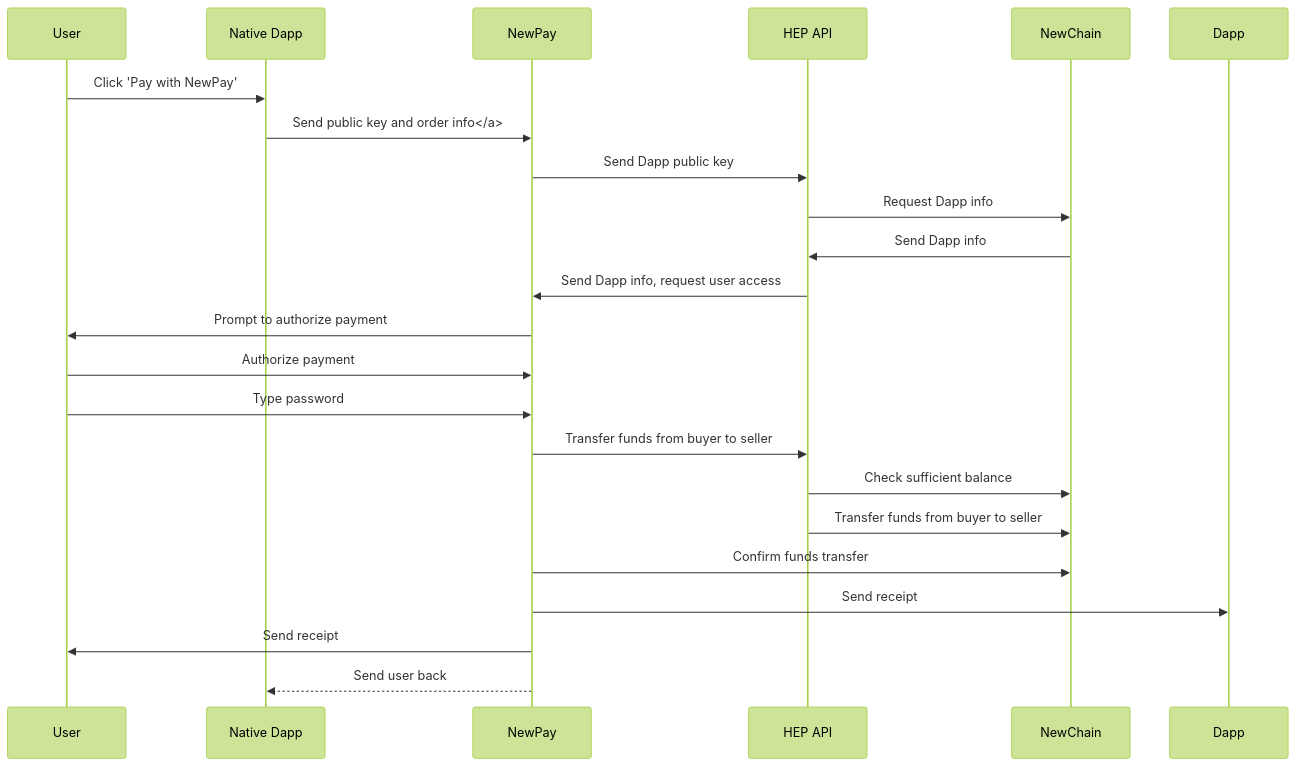
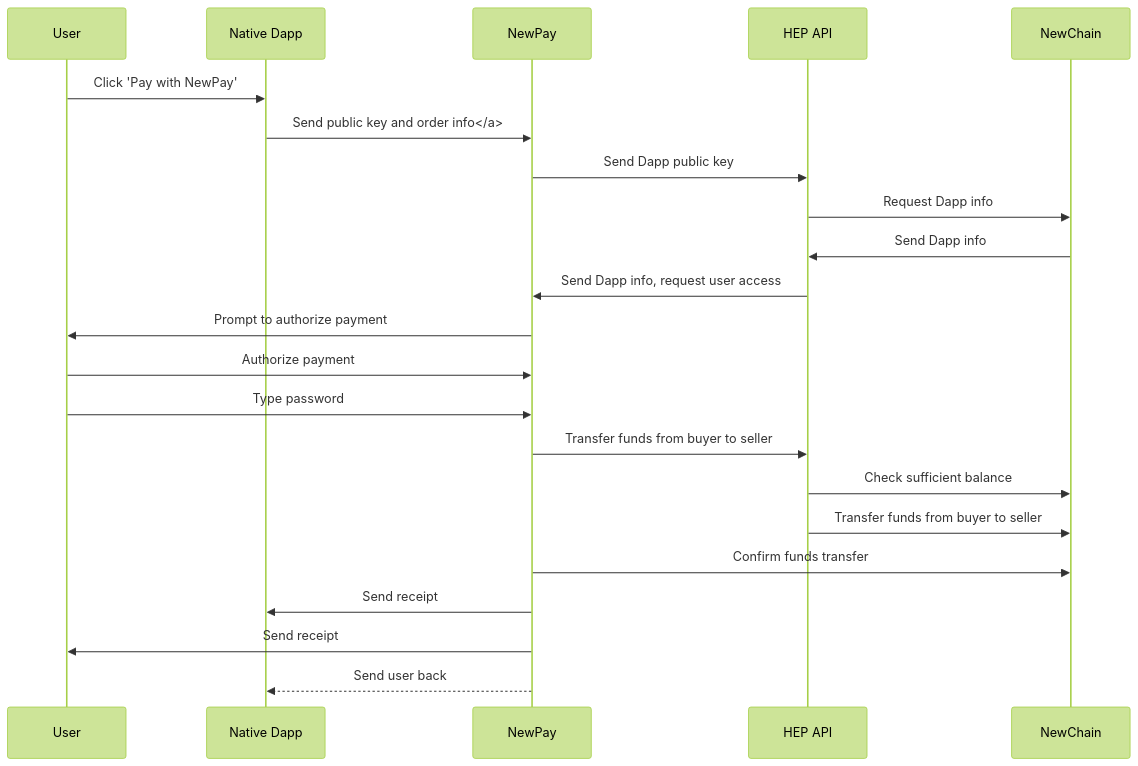
One commit to newtonproject/HEP-specification changed the diagram in payment_process.md. Above: the diagram before and after it, drawn with Mermaid (forest theme).

Commit message:
Fix dangling parent

````diff
--- a/payment_process.md
+++ b/payment_process.md
@@ -13,26 +13,26 @@
 ```mermaid
 
 sequenceDiagram;
     participant User;
     participant Native Dapp;
 	participant NewPay;
 	participant HEP API;
 	participant NewChain;
 
     User->>Native Dapp: Click 'Pay with NewPay';
 	Native Dapp->>NewPay: Send public key and order info</a>;
 	NewPay->>HEP API: Send Dapp public key;
 	HEP API->>NewChain: Request Dapp info;
 	NewChain->>HEP API: Send Dapp info;
 	HEP API->>NewPay: Send Dapp info, request user access;
 	NewPay->> User: Prompt to authorize payment;
 	User->>NewPay: Authorize payment;
 	User->>NewPay: Type password;
 	NewPay->>HEP API: Transfer funds from buyer to seller
 	HEP API->>NewChain: Check sufficient balance
 	HEP API->>NewChain: Transfer funds from buyer to seller
 	NewPay->>NewChain: Confirm funds transfer
-	NewPay->>Dapp: Send receipt
+	NewPay->>Native Dapp: Send receipt
 	NewPay->>User: Send receipt
 	NewPay-->>Native Dapp: Send user back;
 ```
````
